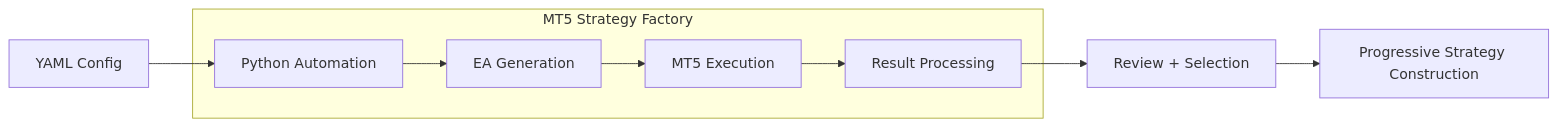
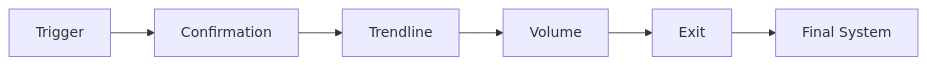
One commit to xMattC/mt5-strategy-factory changed the second of 2 diagrams in README.md. Above: the diagram before and after it, drawn with Mermaid. The commit also changed other lines of this file, not shown here.

First line of the commit message:
Enhance README with project details and architecture

````diff
--- a/README.md
+++ b/README.md
@@ -92,16 +156,16 @@
 ```mermaid
 flowchart LR
 
-A["YAML Config"] --> B["Python Automation"]
+A["Trigger"]
+B["Confirmation"]
+C["Trendline"]
+D["Volume"]
+E["Exit"]
+F["Final System"]
 
-subgraph B2["MT5 Strategy Factory"]
-
-B --> C["EA Generation"]
-C --> D["MT5 Execution"]
-D --> E["Result Processing"]
-
-end
-
-E --> F["Review + Selection"]
-F --> G["Progressive Strategy Construction"]
+A --> B
+B --> C
+C --> D
+D --> E
+E --> F
 ```
````
